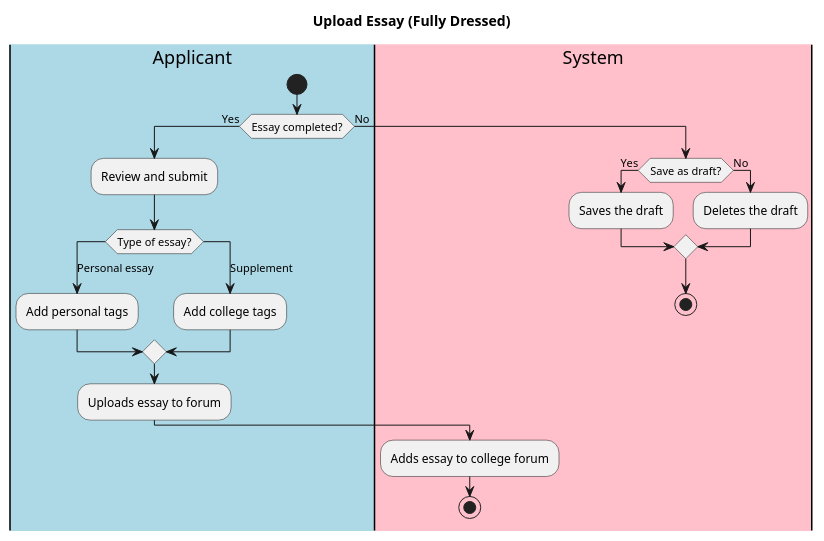
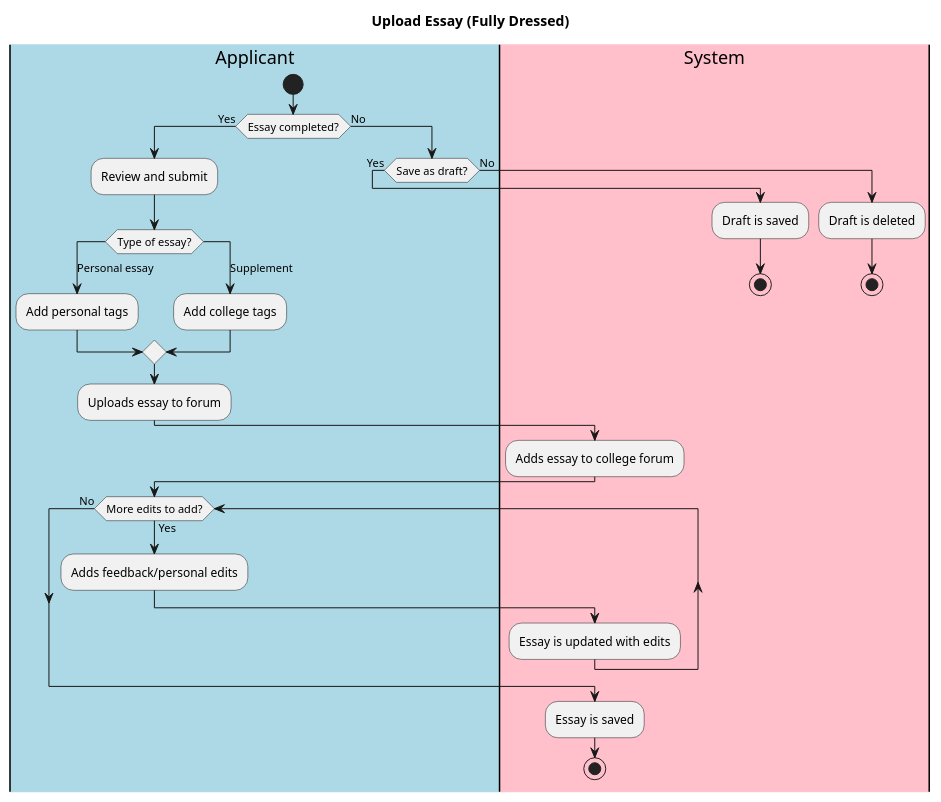
One commit to jlederer33/Essay-Review-App changed the diagram in intellij/doc/use-cases/uploadessays.md. Above: the diagram before and after it, drawn with PlantUML. The commit also changed 2 other files, not shown here.

Commit message:
Adding more feedback to usecases

`````diff
--- a/intellij/doc/use-cases/uploadessays.md
+++ b/intellij/doc/use-cases/uploadessays.md
@@ -15,28 +15,39 @@
 ````plantuml
 
 title Upload Essay (Fully Dressed)
 |#lightblue|Applicant| 
 |#pink|System|
 
 |Applicant|
 start
 if (Essay completed?) then (Yes)
 :Review and submit;
 switch (Type of essay?)
 case (Personal essay)
 :Add personal tags;
 case (Supplement)
 :Add college tags;
 endswitch
 :Uploads essay to forum;
 |System|
 :Adds essay to college forum;
+|Applicant|
+while (More edits to add?) is (Yes)
+:Adds feedback/personal edits;
+|System|
+:Essay is updated with edits;
+endwhile (No)
+:Essay is saved;
 stop
 else (No)
+|Applicant|
 if (Save as draft?) then (Yes)
-:Saves the draft;
+|System|
+:Draft is saved;
+stop
 else (No) 
-:Deletes the draft;
-endif
+|System|
+:Draft is deleted;
+|System|
 stop
 ````
`````
